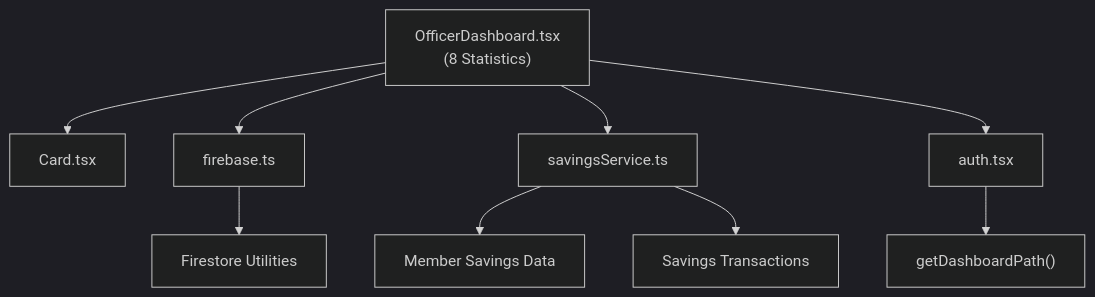
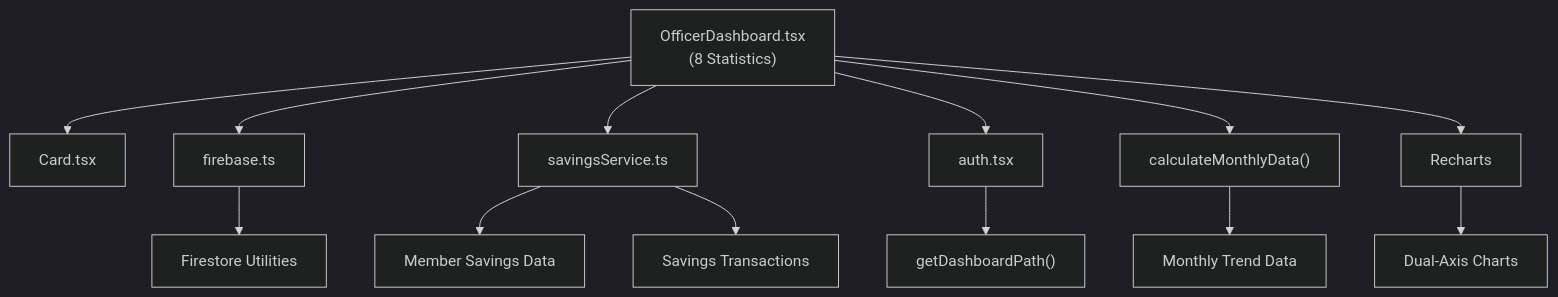
One commit to Unsure-bry/sampacoop_system changed the fourth of 4 diagrams in .qoder/repowiki/en/content/Dashboard System Architecture/Officer Dashboard Implementation.md. Above: the diagram before and after it, drawn with Mermaid (dark theme). The commit also changed other lines of this file and 9 other files, not shown here.

````diff
--- a/.qoder/repowiki/en/content/Dashboard System Architecture/Officer Dashboard Implementation.md
+++ b/.qoder/repowiki/en/content/Dashboard System Architecture/Officer Dashboard Implementation.md
@@ -376,11 +519,15 @@
 ```mermaid
 graph TB
 OD["OfficerDashboard.tsx<br/>(8 Statistics)"] --> CARD["Card.tsx"]
 OD --> FB["firebase.ts"]
 OD --> SS["savingsService.ts"]
 OD --> AUTH["auth.tsx"]
+OD --> CALC["calculateMonthlyData()"]
+OD --> RCH["Recharts"]
 FB --> UTIL["Firestore Utilities"]
 AUTH --> ROUTE["getDashboardPath()"]
 SS --> MEMBERS["Member Savings Data"]
 SS --> TRANSACTIONS["Savings Transactions"]
+CALC --> MONTHLY["Monthly Trend Data"]
+RCH --> CHARTS["Dual-Axis Charts"]
 ```
````
